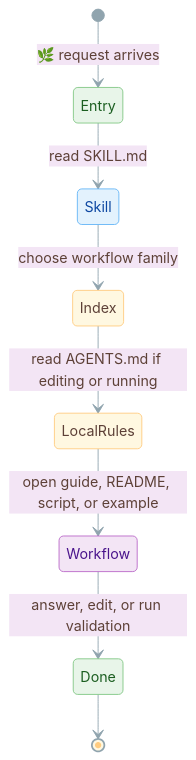
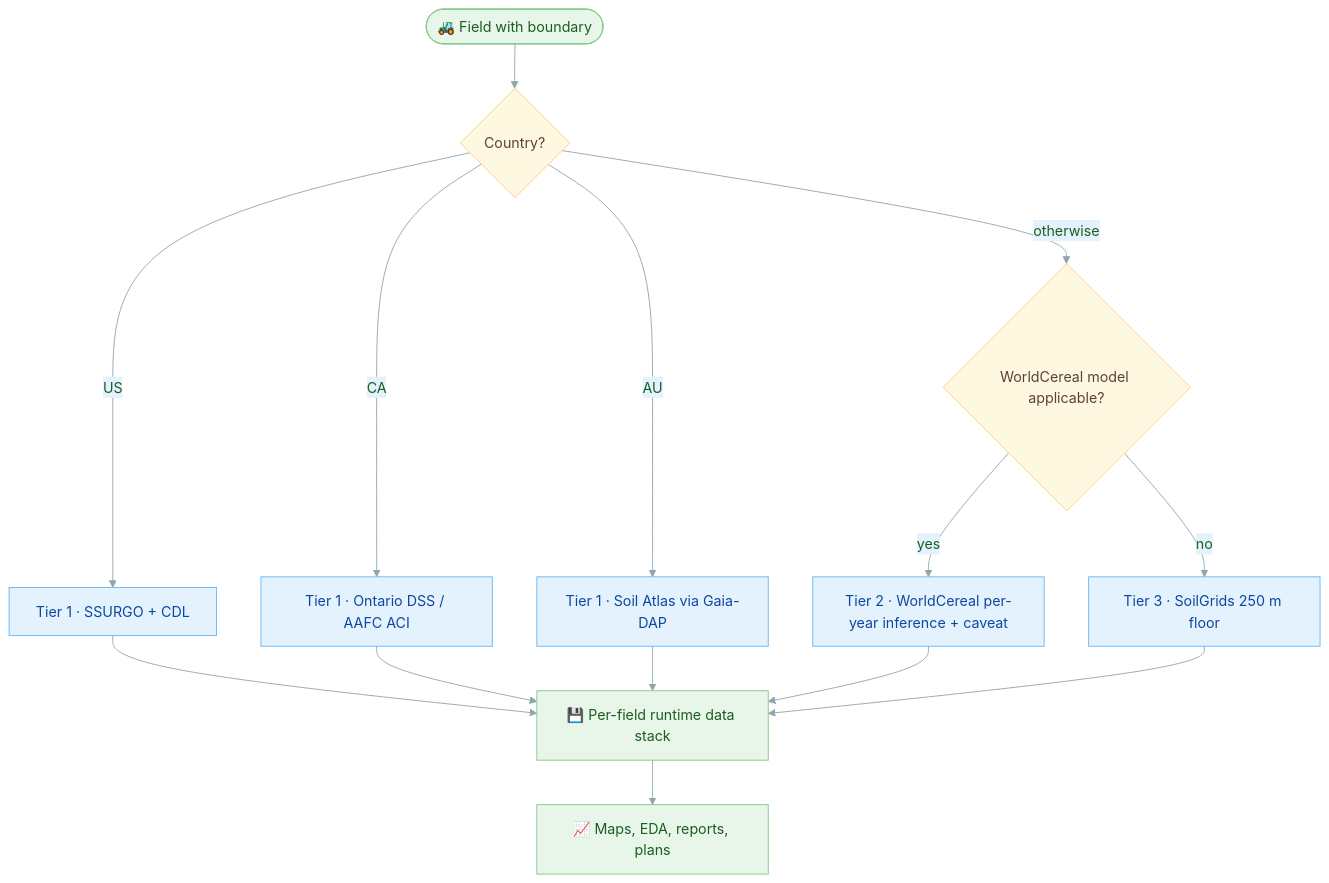
Before and after one commit to borealBytes/my-farm-advisor-skills: the third of 4 diagrams in README.md, drawn with Mermaid. The commit also changed other lines of this file and 67 other files, not shown here.

Commit message:
Showcase README (gallery + coverage matrix + typed diagrams); committed example outputs per amended asset policy; geo-reprojected field-map renderer; QTL/breeding figure fixtures restored; stale mono paths fixed; validator PASS

````diff
--- a/README.md
+++ b/README.md
@@ -142,21 +146,22 @@
 ```mermaid
-%%{init: {"theme":"base","themeVariables":{"primaryColor":"#fff8e1","primaryTextColor":"#5d4037","primaryBorderColor":"#ffcc80","lineColor":"#90a4ae","secondaryColor":"#f3e5f5","tertiaryColor":"#e8f5e9"}}}%%
-stateDiagram-v2
-    [*] --> Entry: 🌿 request arrives
-    Entry --> Skill: read SKILL.md
-    Skill --> Index: choose workflow family
-    Index --> LocalRules: read AGENTS.md if editing or running
-    LocalRules --> Workflow: open guide, README, script, or example
-    Workflow --> Done: answer, edit, or run validation
-    Done --> [*]
+%%{init: {"theme":"base","themeVariables":{"primaryColor":"#e8f5e9","primaryTextColor":"#1b5e20","primaryBorderColor":"#81c784","lineColor":"#90a4ae","secondaryColor":"#e3f2fd","tertiaryColor":"#fff8e1"}}}%%
+flowchart TD
+    field([🚜 Field with boundary]) --> q{Country?}
+    q -- US --> us[Tier 1 · SSURGO + CDL]
+    q -- CA --> ca[Tier 1 · Ontario DSS / AAFC ACI]
+    q -- AU --> au[Tier 1 · Soil Atlas via Gaia-DAP]
+    q -- otherwise --> glob{WorldCereal model applicable?}
+    us --> stack[💾 Per-field runtime data stack]
+    ca --> stack
+    au --> stack
+    glob -- yes --> wc[Tier 2 · WorldCereal per-year inference + caveat]
+    glob -- no --> sg[Tier 3 · SoilGrids 250 m floor]
+    wc --> stack
+    sg --> stack
+    stack --> out[📈 Maps, EDA, reports, plans]
 
-    classDef softGreen fill:#e8f5e9,stroke:#81c784,color:#1b5e20
-    classDef softBlue fill:#e3f2fd,stroke:#64b5f6,color:#0d47a1
-    classDef softYellow fill:#fff8e1,stroke:#ffcc80,color:#5d4037
-    classDef softPurple fill:#f3e5f5,stroke:#ba68c8,color:#4a148c
-
-    class Entry,Done softGreen
-    class Skill softBlue
-    class Index,LocalRules softYellow
-    class Workflow softPurple
+    classDef tier fill:#e3f2fd,stroke:#64b5f6,color:#0d47a1
+    classDef gate fill:#fff8e1,stroke:#ffcc80,color:#5d4037
+    class us,ca,au,wc,sg tier
+    class q,glob gate
 ```
````
